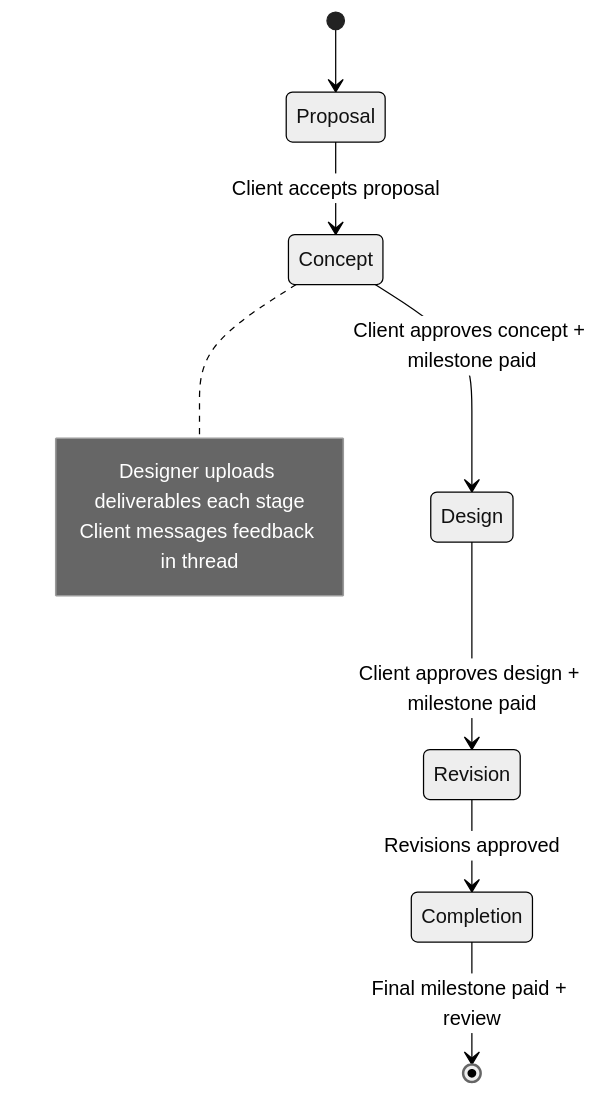
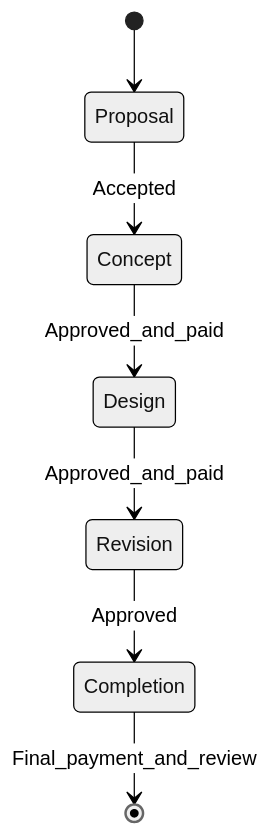
The fourth of 5 diagrams in docs/SYSTEM-OVERVIEW.md (MNSBaanu/Inside), drawn with Mermaid (neutral theme) before and after one commit. The commit also changed other lines of this file and 17 other files, not shown here.

````diff
--- a/docs/SYSTEM-OVERVIEW.md
+++ b/docs/SYSTEM-OVERVIEW.md
@@ -165,14 +142,9 @@
 ```mermaid
 stateDiagram-v2
     [*] --> Proposal
-    Proposal --> Concept: Client accepts proposal
-    Concept --> Design: Client approves concept + milestone paid
-    Design --> Revision: Client approves design + milestone paid
-    Revision --> Completion: Revisions approved
-    Completion --> [*]: Final milestone paid + review
-
-    note right of Concept
-        Designer uploads deliverables each stage
-        Client messages feedback in thread
-    end note
+    Proposal --> Concept: Accepted
+    Concept --> Design: Approved_and_paid
+    Design --> Revision: Approved_and_paid
+    Revision --> Completion: Approved
+    Completion --> [*]: Final_payment_and_review
 ```
````
